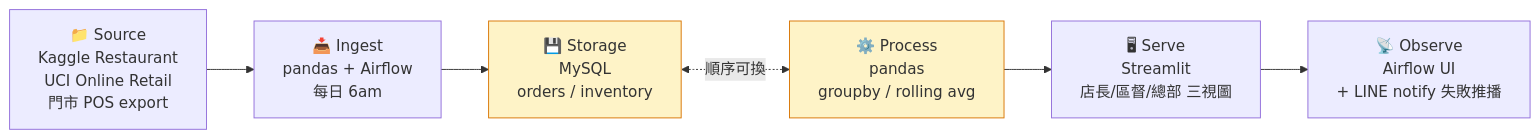
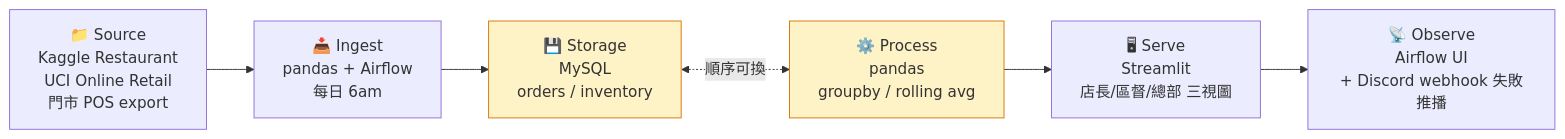
Before and after one commit to lu791019/DataDreamers-decrosscareer-student-project-handbook: the diagram in scenarios/scenario-1-restaurant-pos.md, drawn with Mermaid. The commit also changed other lines of this file and 10 other files, not shown here.

First line of the commit message:
fix: 移除 LINE Notify、修正第 3/4 週章節標示與「下一步」連結

````diff
--- a/scenarios/scenario-1-restaurant-pos.md
+++ b/scenarios/scenario-1-restaurant-pos.md
@@ -29,10 +29,10 @@
 ```mermaid
 flowchart LR
     S["📁 Source<br/>Kaggle Restaurant<br/>UCI Online Retail<br/>門市 POS export"] --> I["📥 Ingest<br/>pandas + Airflow<br/>每日 6am"]
     I --> ST["💾 Storage<br/>MySQL<br/>orders / inventory"]
     ST <-.順序可換.-> P["⚙️ Process<br/>pandas<br/>groupby / rolling avg"]
     P --> SE["🖥 Serve<br/>Streamlit<br/>店長/區督/總部 三視圖"]
-    SE --> O["📡 Observe<br/>Airflow UI<br/>+ LINE notify 失敗推播"]
+    SE --> O["📡 Observe<br/>Airflow UI<br/>+ Discord webhook 失敗推播"]
     style ST fill:#FEF3C7,stroke:#D97706
     style P fill:#FEF3C7,stroke:#D97706
 ```
````
